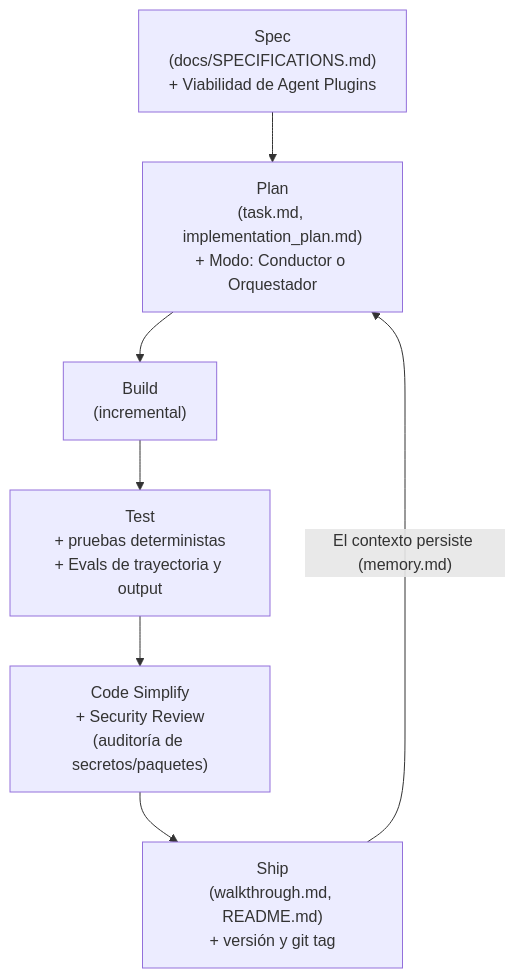
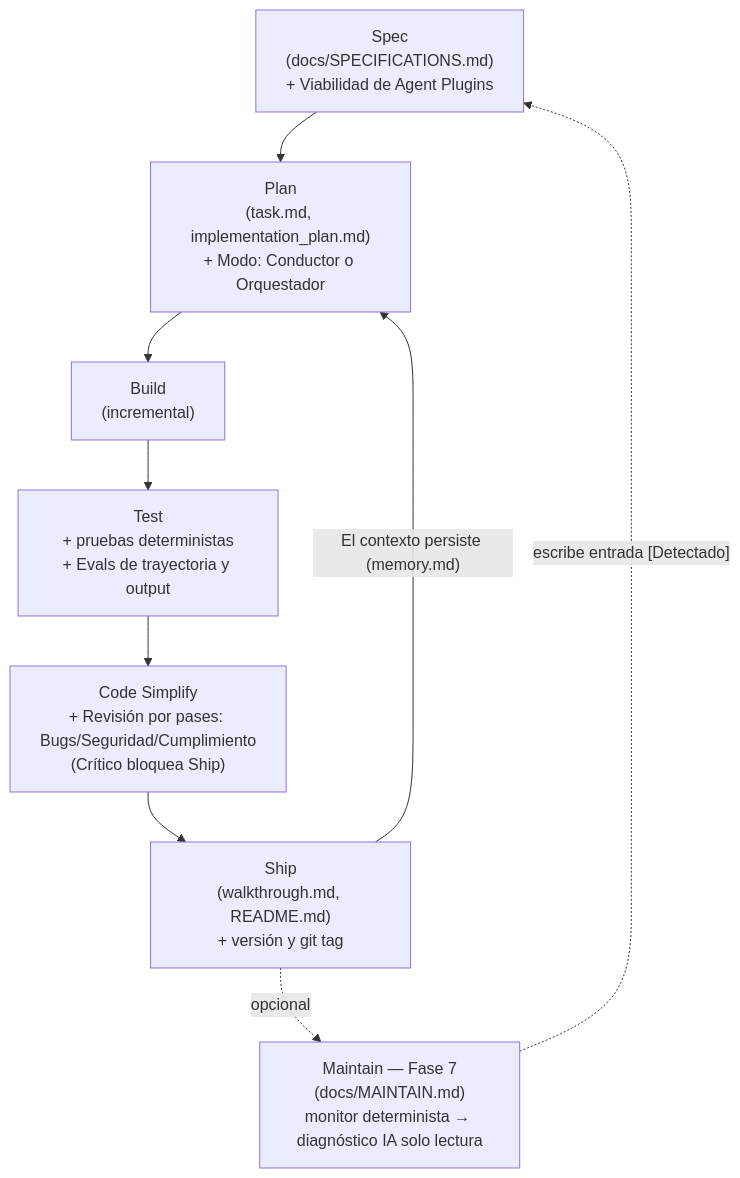
The diagram in dbv-specs-ops/README.md (davidbuenov/dbv-md-reader), drawn with Mermaid before and after one commit. The commit also changed other lines of this file and 25 other files, not shown here.

````diff
--- a/dbv-specs-ops/README.md
+++ b/dbv-specs-ops/README.md
@@ -344,9 +76,11 @@
 ```mermaid
 flowchart TD
     Spec["Spec<br/>(docs/SPECIFICATIONS.md)<br/>+ Viabilidad de Agent Plugins"] --> Plan["Plan<br/>(task.md, implementation_plan.md)<br/>+ Modo: Conductor o Orquestador"]
     Plan --> Build["Build<br/>(incremental)"]
     Build --> Test["Test<br/>+ pruebas deterministas<br/>+ Evals de trayectoria y output"]
-    Test --> Simplify["Code Simplify<br/>+ Security Review<br/>(auditoría de secretos/paquetes)"]
+    Test --> Simplify["Code Simplify<br/>+ Revisión por pases: Bugs/Seguridad/Cumplimiento<br/>(Crítico bloquea Ship)"]
     Simplify --> Ship["Ship<br/>(walkthrough.md, README.md)<br/>+ versión y git tag"]
     Ship -- "El contexto persiste (memory.md)" --> Plan
+    Ship -.->|opcional| Maintain["Maintain — Fase 7<br/>(docs/MAINTAIN.md)<br/>monitor determinista → diagnóstico IA solo lectura"]
+    Maintain -.->|"escribe entrada [Detectado]"| Spec
 ```
````
